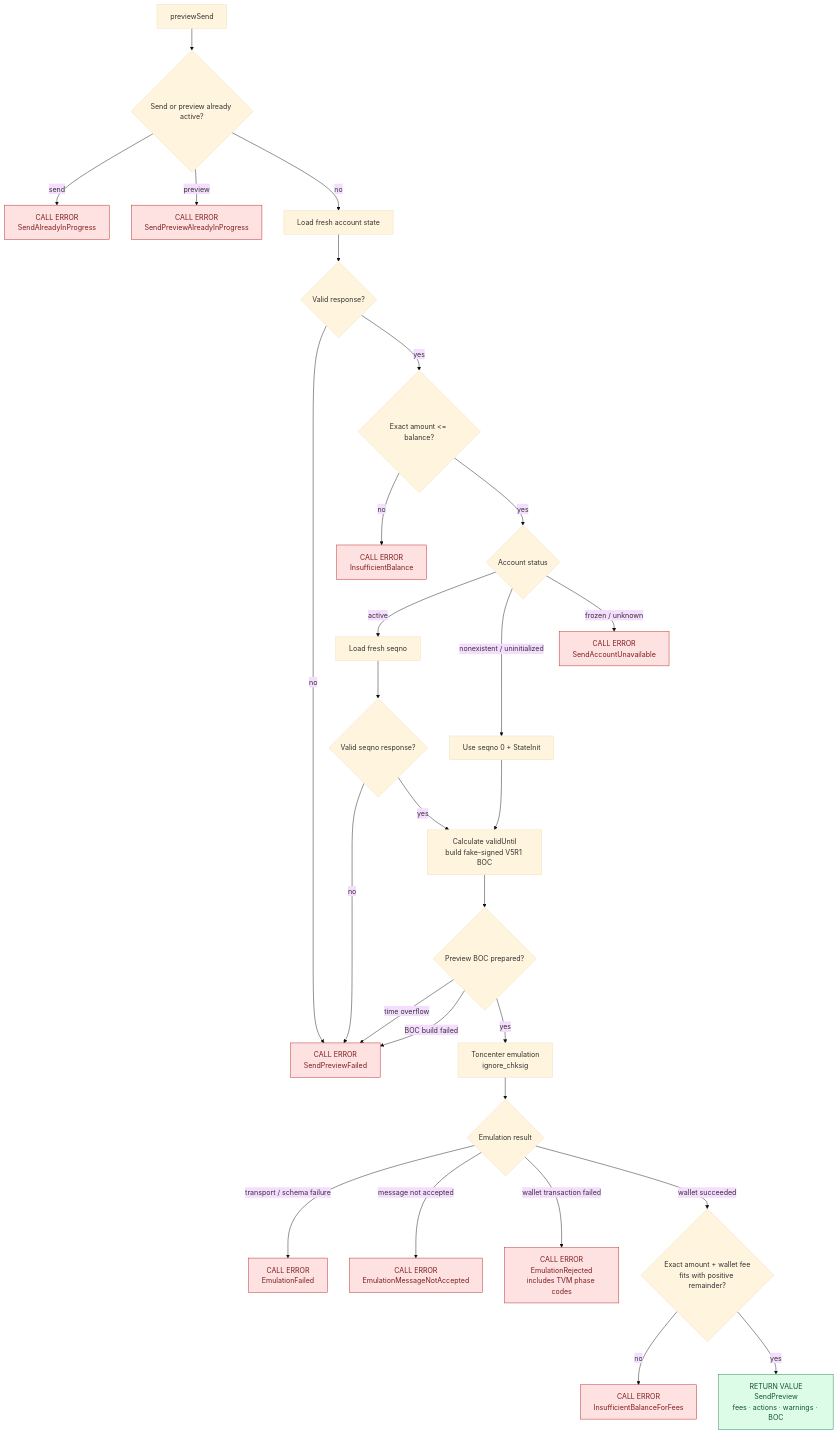
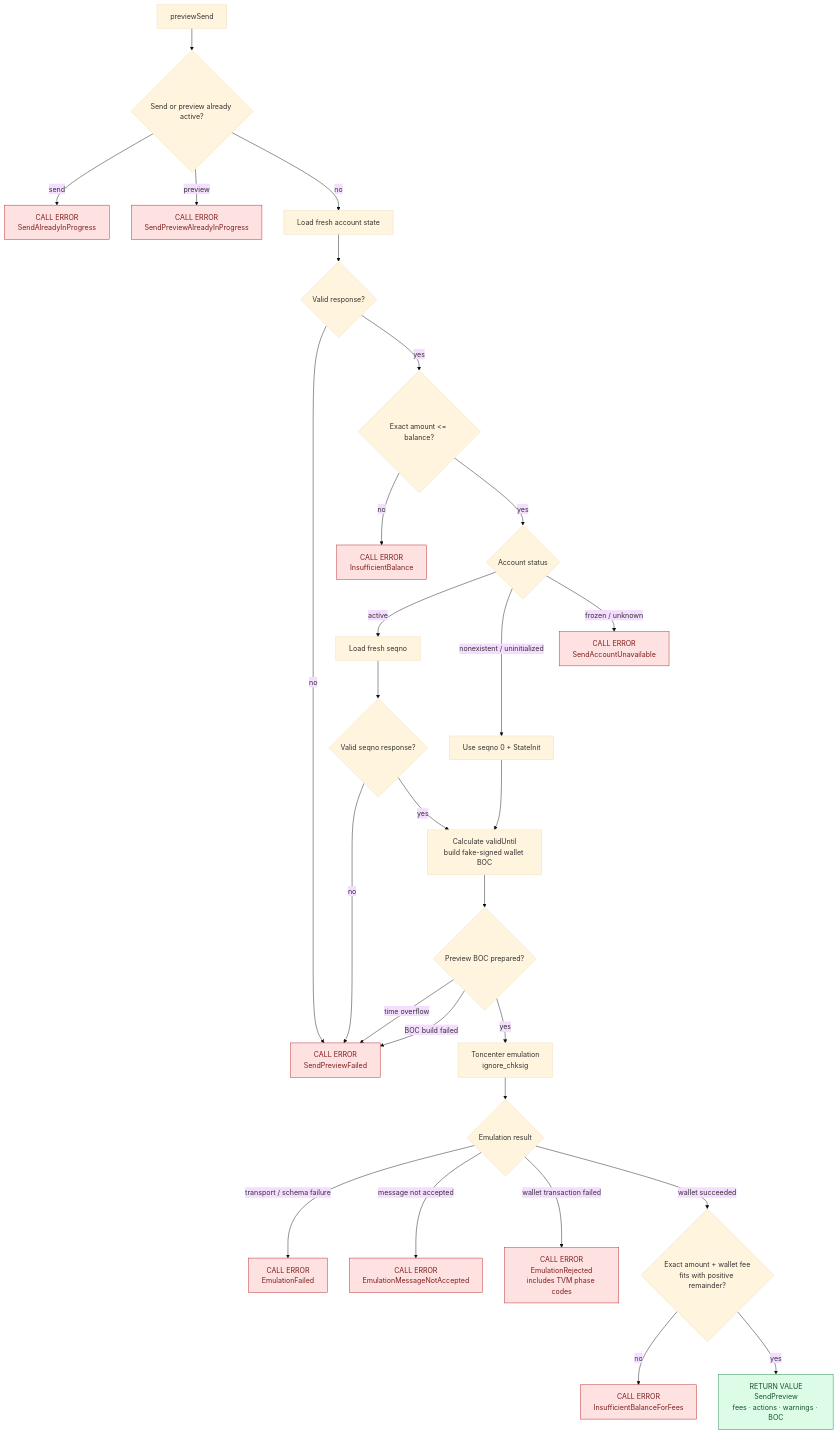
One commit to i582/wallet-engine changed the sixth of 9 diagrams in README.md. Above: the diagram before and after it, drawn with Mermaid (base theme). The commit also changed other lines of this file and 31 other files, not shown here.

````diff
--- a/README.md
+++ b/README.md
@@ -388,41 +388,41 @@
 ```mermaid
 flowchart TD
     Preview["previewSend"] --> Busy{"Send or preview already active?"}
     Busy -- send --> SendBusy["CALL ERROR<br/>SendAlreadyInProgress"]
     Busy -- preview --> PreviewBusy["CALL ERROR<br/>SendPreviewAlreadyInProgress"]
     Busy -- no --> Account["Load fresh account state"]
     Account --> AccountOk{"Valid response?"}
     AccountOk -- no --> PreviewFailed["CALL ERROR<br/>SendPreviewFailed"]
     AccountOk -- yes --> Balance{"Exact amount <= balance?"}
     Balance -- no --> NoBalance["CALL ERROR<br/>InsufficientBalance"]
     Balance -- yes --> Status{"Account status"}
     Status -- active --> Seqno["Load fresh seqno"]
     Status -- nonexistent / uninitialized --> Zero["Use seqno 0 + StateInit"]
     Status -- frozen / unknown --> Unavailable["CALL ERROR<br/>SendAccountUnavailable"]
     Seqno --> SeqnoOk{"Valid seqno response?"}
     SeqnoOk -- no --> PreviewFailed
     SeqnoOk -- yes --> Build
-    Zero --> Build["Calculate validUntil<br/>build fake-signed V5R1 BOC"]
+    Zero --> Build["Calculate validUntil<br/>build fake-signed wallet BOC"]
     Build --> Prepared{"Preview BOC prepared?"}
     Prepared -- time overflow --> PreviewFailed
     Prepared -- BOC build failed --> PreviewFailed
     Prepared -- yes --> Emulate["Toncenter emulation<br/>ignore_chksig"]
     Emulate --> EmulationResult{"Emulation result"}
     EmulationFailed["CALL ERROR<br/>EmulationFailed"]
     NotAccepted["CALL ERROR<br/>EmulationMessageNotAccepted"]
     Rejected["CALL ERROR<br/>EmulationRejected<br/>includes TVM phase codes"]
     Fees{"Exact amount + wallet fee<br/>fits with positive remainder?"}
     EmulationResult -- transport / schema failure --> EmulationFailed
     EmulationResult -- message not accepted --> NotAccepted
     EmulationResult -- wallet transaction failed --> Rejected
     EmulationResult -- wallet succeeded --> Fees
     Fees -- no --> FeeBalance["CALL ERROR<br/>InsufficientBalanceForFees"]
     Result["RETURN VALUE<br/>SendPreview<br/>fees · actions · warnings · BOC"]
     Fees -- yes --> Result
 
     classDef result fill:#dcfce7,stroke:#15803d,color:#14532d;
     classDef callError fill:#fee2e2,stroke:#b91c1c,color:#7f1d1d;
     class Result result;
     class SendBusy,PreviewBusy,PreviewFailed,NoBalance,Unavailable callError;
     class EmulationFailed,NotAccepted,Rejected,FeeBalance callError;
 ```
````
